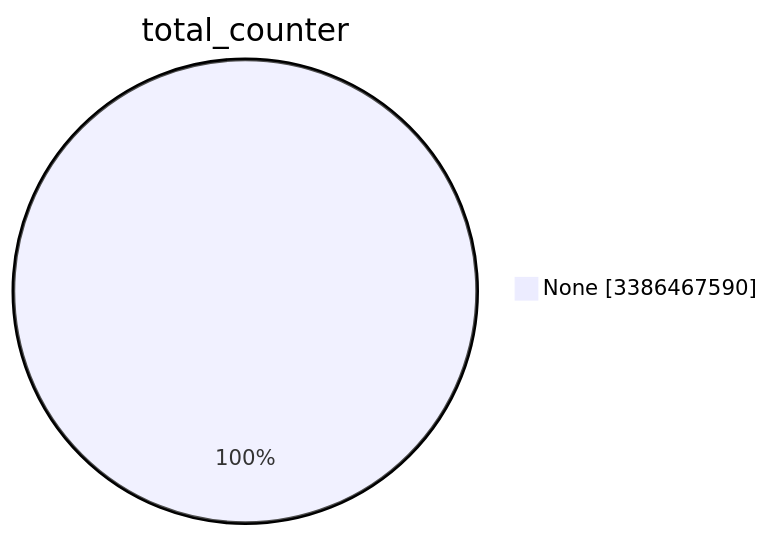
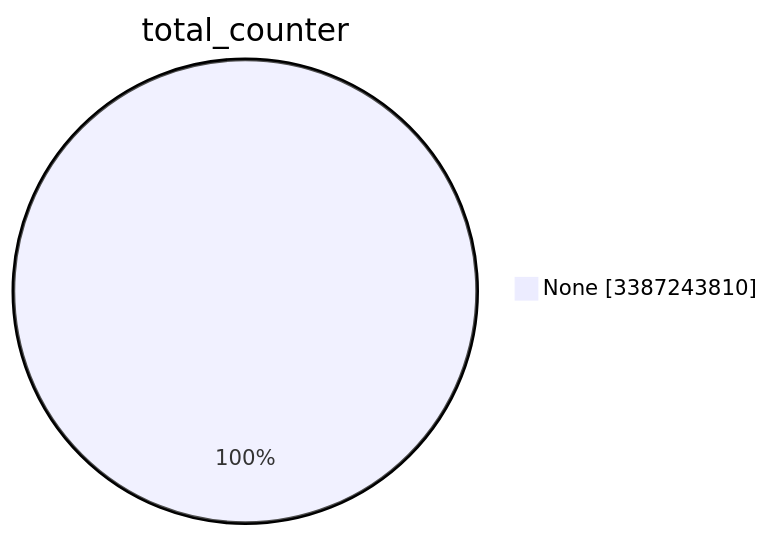
Before and after one commit to christiankrug/ctmonitor_visualization: the first of 15 diagrams in TOTAL/README.md, drawn with Mermaid. The commit also changed other lines of this file, not shown here.

````diff
--- a/TOTAL/README.md
+++ b/TOTAL/README.md
@@ -1,5 +1,5 @@
 ```mermaid
 pie showData
 title total_counter
-"None" :3386467590
+"None" :3387243810
 ```
````
